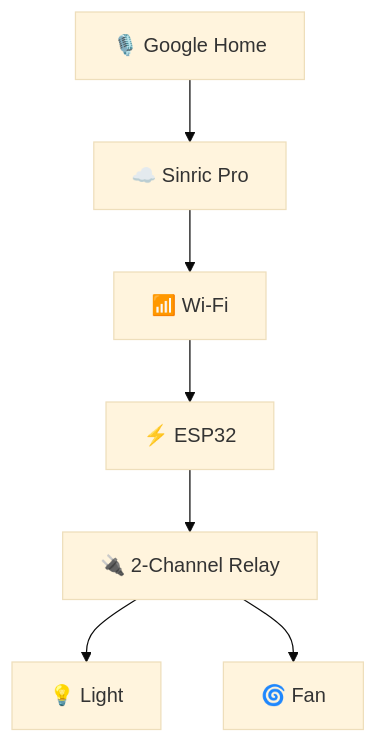
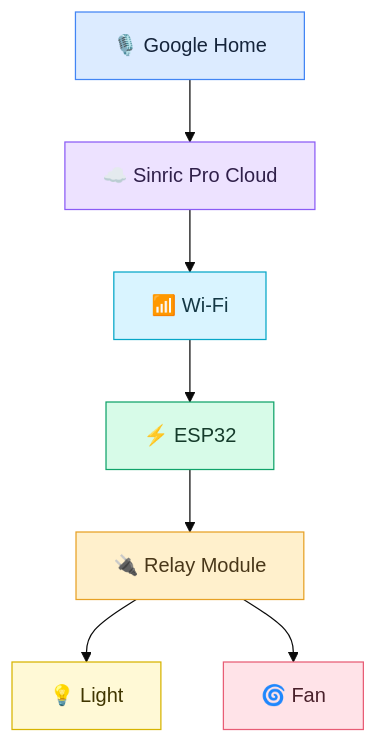
One commit to shaikadil01/Voice-controlled-devices changed the diagram in README.md. Above: the diagram before and after it, drawn with Mermaid (base theme). The commit also changed other lines of this file, not shown here.

````diff
--- a/README.md
+++ b/README.md
@@ -57,9 +73,17 @@
 ```mermaid
 flowchart TD
-    A["🎙️ Google Home"] --> B["☁️ Sinric Pro"]
+    A["🎙️ Google Home"] --> B["☁️ Sinric Pro Cloud"]
     B --> C["📶 Wi-Fi"]
     C --> D["⚡ ESP32"]
-    D --> E["🔌 2-Channel Relay"]
+    D --> E["🔌 Relay Module"]
     E --> F["💡 Light"]
     E --> G["🌀 Fan"]
+
+    style A fill:#DCEBFF,stroke:#4285F4,color:#15243B
+    style B fill:#EDE2FF,stroke:#8B5CF6,color:#30204A
+    style C fill:#D9F4FF,stroke:#06A6C7,color:#143744
+    style D fill:#D7FBE8,stroke:#10A36A,color:#153B2B
+    style E fill:#FFF0CC,stroke:#E7A126,color:#493719
+    style F fill:#FFF9D6,stroke:#D7B400,color:#403600
+    style G fill:#FFE3E8,stroke:#E85D75,color:#49202A
 ```
````
